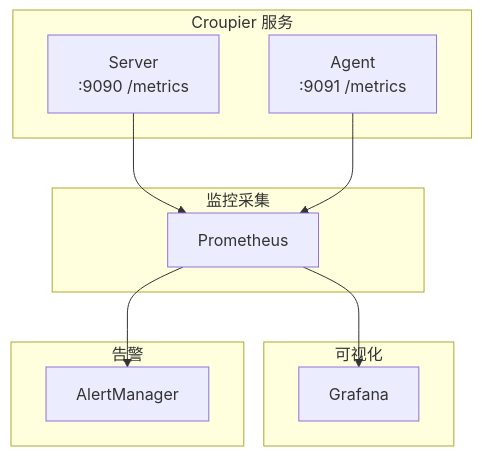
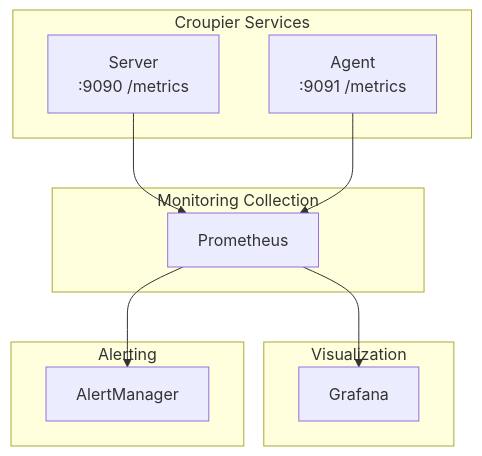
The diagram in docs/operations/monitoring.md (cuihairu/croupier), drawn with Mermaid before and after one commit. The commit also changed other lines of this file and 24 other files, not shown here.

````diff
--- a/docs/operations/monitoring.md
+++ b/docs/operations/monitoring.md
@@ -23,24 +23,24 @@
 ```mermaid
 graph TB
-    subgraph "Croupier 服务"
+    subgraph "Croupier Services"
         Server[Server<br/>:9090 /metrics]
         Agent[Agent<br/>:9091 /metrics]
     end
 
-    subgraph "监控采集"
+    subgraph "Monitoring Collection"
         Prometheus[Prometheus]
     end
 
-    subgraph "可视化"
+    subgraph "Visualization"
         Grafana[Grafana]
     end
 
-    subgraph "告警"
+    subgraph "Alerting"
         Alertmgr[AlertManager]
     end
 
     Server --> Prometheus
     Agent --> Prometheus
     Prometheus --> Grafana
     Prometheus --> Alertmgr
 ```
````
